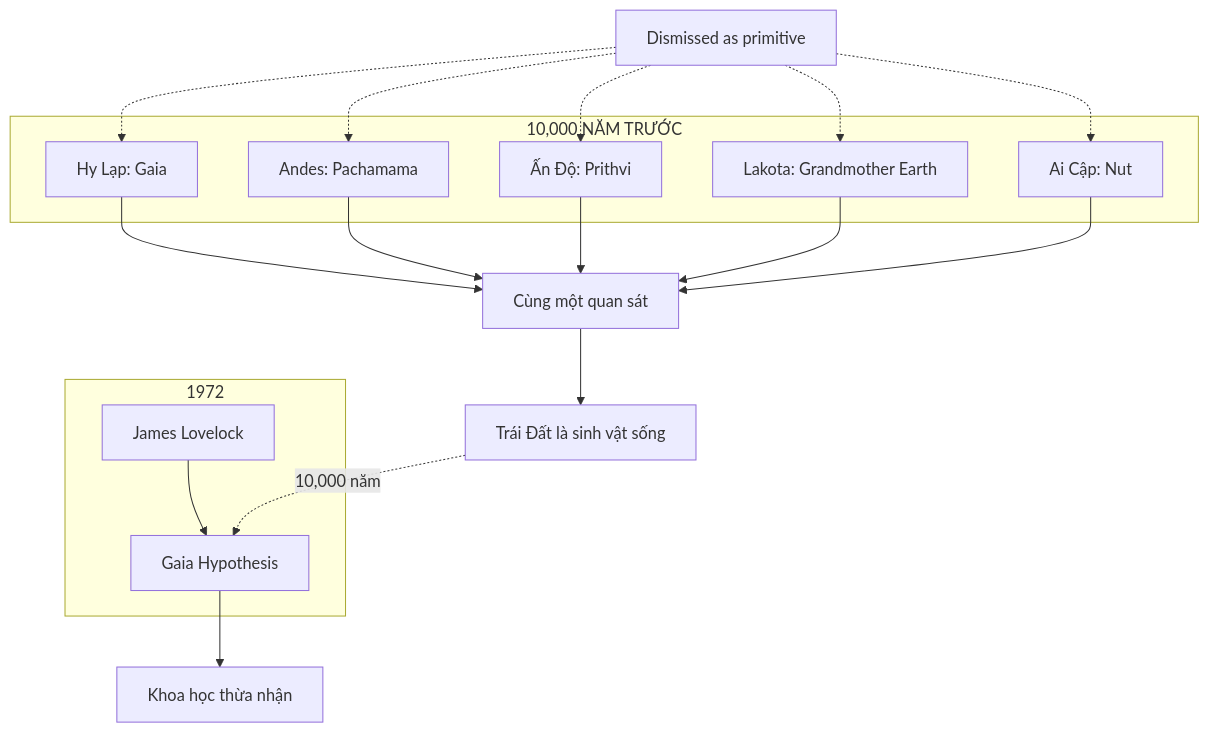
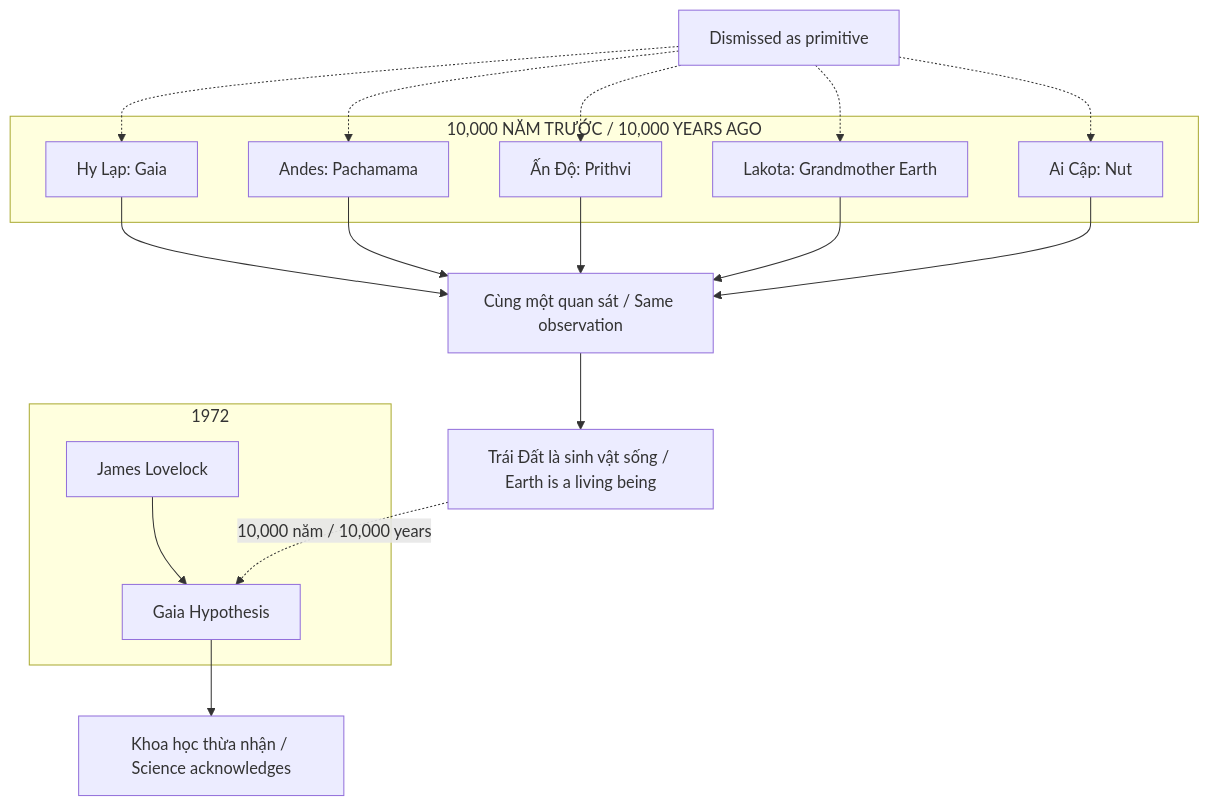
The first of 4 diagrams in esoterica/Gaia - Trái Đất Có Ý Thức.md (dyukahi/knowledge), drawn with Mermaid before and after one commit. The commit also changed other lines of this file and 3 other files, not shown here.

````diff
--- a/esoterica/Gaia - Trái Đất Có Ý Thức.md
+++ b/esoterica/Gaia - Trái Đất Có Ý Thức.md
@@ -17,25 +20,25 @@
 ```mermaid
 flowchart TD
-    subgraph "10,000 NĂM TRƯỚC"
+    subgraph "10,000 NĂM TRƯỚC / 10,000 YEARS AGO"
         A[Hy Lạp: Gaia]
         B[Andes: Pachamama]
         C[Ấn Độ: Prithvi]
         D[Lakota: Grandmother Earth]
         E[Ai Cập: Nut]
     end
     
-    A & B & C & D & E --> F[Cùng một quan sát]
-    F --> G[Trái Đất là sinh vật sống]
+    A & B & C & D & E --> F[Cùng một quan sát / Same observation]
+    F --> G[Trái Đất là sinh vật sống / Earth is a living being]
     
     subgraph "1972"
         H[James Lovelock]
         I[Gaia Hypothesis]
     end
     
     H --> I
-    I --> J[Khoa học thừa nhận]
+    I --> J[Khoa học thừa nhận / Science acknowledges]
     
-    G -.->|10,000 năm| I
+    G -.->|10,000 năm / 10,000 years| I
     
     K[Dismissed as primitive] -.-> A & B & C & D & E
 ```
````
